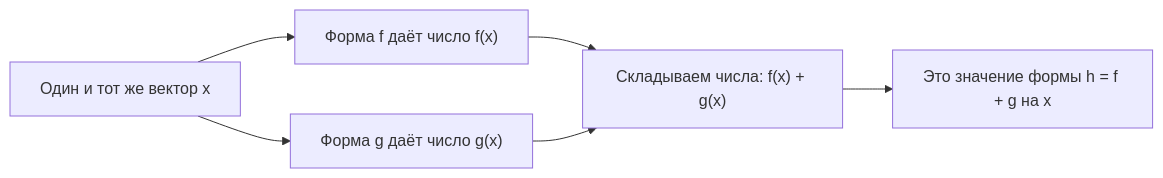
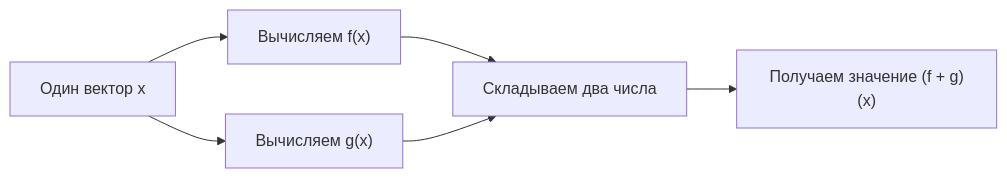
One commit to MrBoomer1981/MY_LIFE changed the first of 2 diagrams in 10 Учёба/Линейная алгебра/Линейные формы и сопряжённое пространство.md. Above: the diagram before and after it, drawn with Mermaid. The commit also changed other lines of this file and 3 other files, not shown here.

````diff
--- a/10 Учёба/Линейная алгебра/Линейные формы и сопряжённое пространство.md
+++ b/10 Учёба/Линейная алгебра/Линейные формы и сопряжённое пространство.md
@@ -120,8 +129,8 @@
 ```mermaid
 flowchart LR
-  X["Один и тот же вектор x"] --> F["Форма f даёт число f(x)"]
-  X --> G["Форма g даёт число g(x)"]
-  F --> A["Складываем числа: f(x) + g(x)"]
-  G --> A
-  A --> H["Это значение формы h = f + g на x"]
+ X["Один вектор x"] --> F["Вычисляем f(x)"]
+ X --> G["Вычисляем g(x)"]
+ F --> S["Складываем два числа"]
+ G --> S
+ S --> H["Получаем значение (f + g)(x)"]
 ```
````
